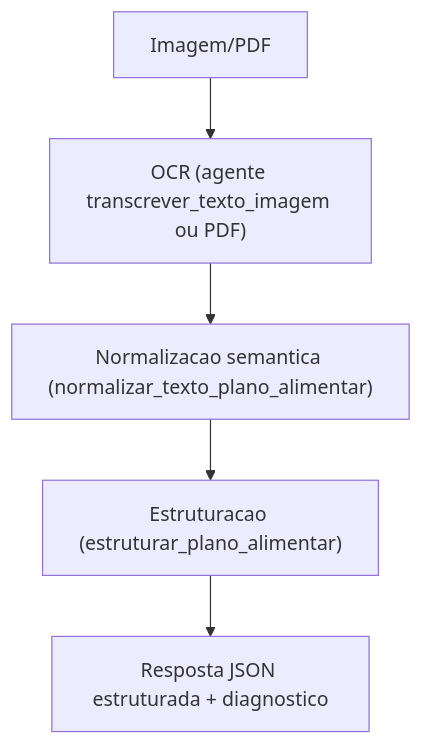
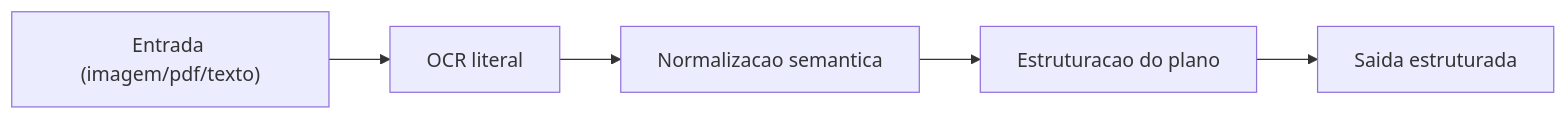
Before and after one commit to Boddenberg/vidasync-multiagents-ia: the fifth of 6 diagrams in README.md, drawn with Mermaid. The commit also changed other lines of this file, not shown here.

````diff
--- a/README.md
+++ b/README.md
@@ -551,7 +410,7 @@
 ```mermaid
-flowchart TD
-    I["Imagem/PDF"] --> O["OCR (agente transcrever_texto_imagem ou PDF)"]
-    O --> N["Normalizacao semantica (normalizar_texto_plano_alimentar)"]
-    N --> P["Estruturacao (estruturar_plano_alimentar)"]
-    P --> Q["Resposta JSON estruturada + diagnostico"]
+flowchart LR
+    A["Entrada (imagem/pdf/texto)"] --> B["OCR literal"]
+    B --> C["Normalizacao semantica"]
+    C --> D["Estruturacao do plano"]
+    D --> E["Saida estruturada"]
 ```
````
